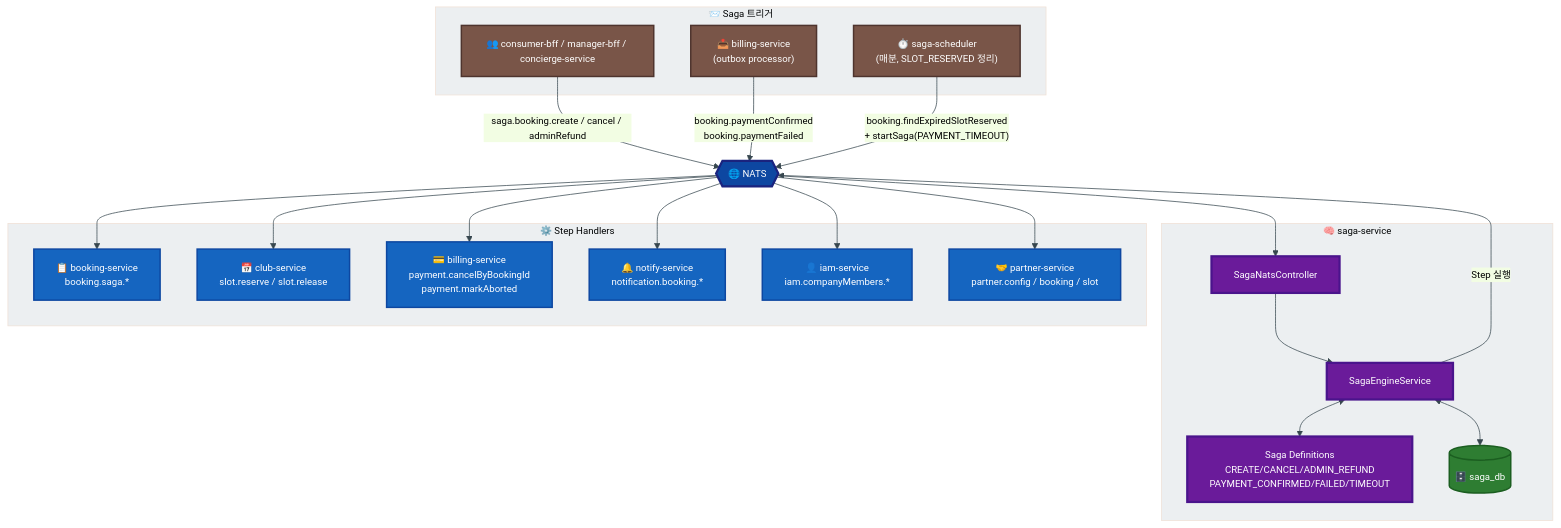
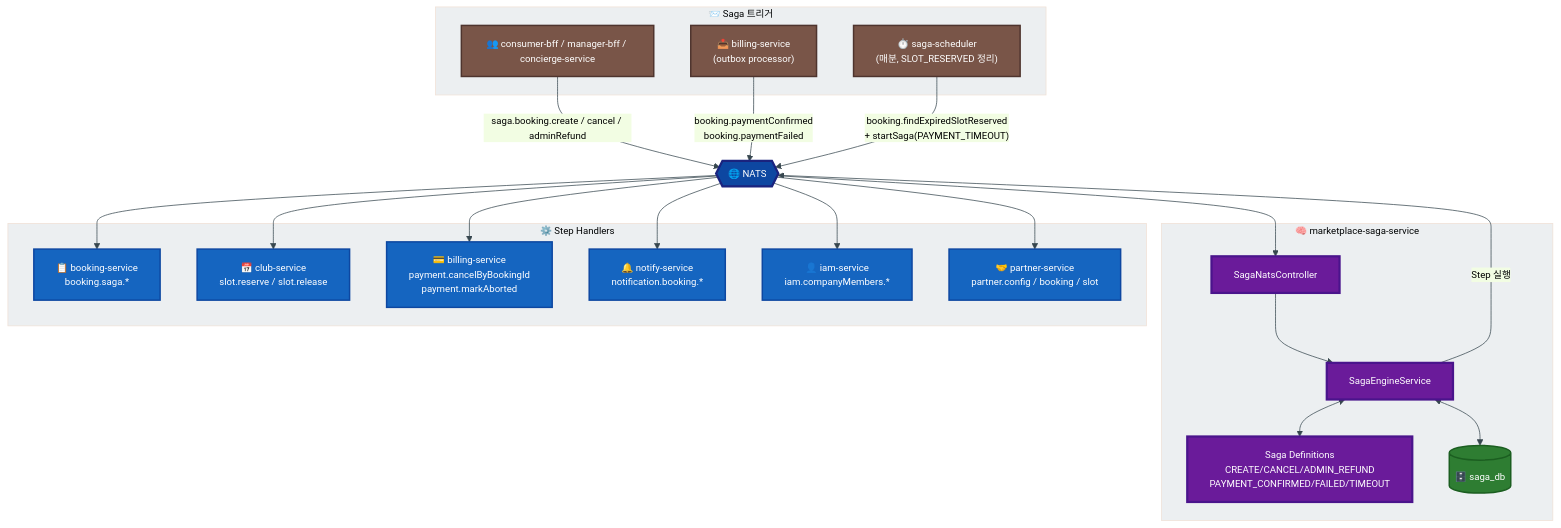
One commit to uniyous/parkgolf-platform changed the first of 9 diagrams in docs/workflow/saga.md. Above: the diagram before and after it, drawn with Mermaid. The commit also changed other lines of this file and 70 other files, not shown here.

First line of the commit message:
refactor(saga): saga-service → marketplace-saga-service 리네임 (UNI-127)

````diff
--- a/docs/workflow/saga.md
+++ b/docs/workflow/saga.md
@@ -49,50 +49,50 @@
 ```mermaid
 %%{init: {'theme':'base','themeVariables':{'primaryColor':'#E3F2FD','primaryTextColor':'#000','primaryBorderColor':'#1565C0','lineColor':'#37474F','clusterBkg':'#ECEFF1','fontSize':'13px'}}}%%
 flowchart TB
     subgraph Triggers["📨 Saga 트리거"]
         UA["👥 consumer-bff / manager-bff / concierge-service"]
         PS_OBX["📤 billing-service<br/>(outbox processor)"]
         SCHED["⏱️ saga-scheduler<br/>(매분, SLOT_RESERVED 정리)"]
     end
 
-    subgraph Orchestrator["🧠 saga-service"]
+    subgraph Orchestrator["🧠 marketplace-saga-service"]
         CTRL["SagaNatsController"]
         ENGINE["SagaEngineService"]
         DEFS["Saga Definitions<br/>CREATE/CANCEL/ADMIN_REFUND<br/>PAYMENT_CONFIRMED/FAILED/TIMEOUT"]
         DB_S[("🗄️ saga_db")]
     end
 
     NATS{{"🌐 NATS"}}
 
     subgraph StepHandlers["⚙️ Step Handlers"]
         BS["📋 booking-service<br/>booking.saga.*"]
         CS["📅 club-service<br/>slot.reserve / slot.release"]
         PAY["💳 billing-service<br/>payment.cancelByBookingId<br/>payment.markAborted"]
         NS["🔔 notify-service<br/>notification.booking.*"]
         IAM["👤 iam-service<br/>iam.companyMembers.*"]
         PRT["🤝 partner-service<br/>partner.config / booking / slot"]
     end
 
     UA -->|"saga.booking.create / cancel / adminRefund"| NATS
     PS_OBX -->|"booking.paymentConfirmed<br/>booking.paymentFailed"| NATS
     SCHED -->|"booking.findExpiredSlotReserved<br/>+ startSaga(PAYMENT_TIMEOUT)"| NATS
 
     NATS --> CTRL --> ENGINE
     ENGINE <--> DEFS
     ENGINE <--> DB_S
     ENGINE -->|"Step 실행"| NATS
     NATS --> BS & CS & PAY & NS & IAM & PRT
 
     classDef trig fill:#795548,color:#fff,stroke:#4E342E,stroke-width:2px
     classDef orch fill:#6A1B9A,color:#fff,stroke:#4A148C,stroke-width:3px
     classDef bus fill:#0D47A1,color:#fff,stroke:#1A237E,stroke-width:3px
     classDef hand fill:#1565C0,color:#fff,stroke:#0D47A1,stroke-width:2px
     classDef store fill:#2E7D32,color:#fff,stroke:#1B5E20,stroke-width:2px
     classDef todo fill:#EF6C00,color:#fff,stroke:#BF360C,stroke-width:2px,stroke-dasharray:5 5
 
     class UA,PS_OBX,SCHED trig
     class CTRL,ENGINE,DEFS orch
     class NATS bus
     class BS,CS,PAY,NS,IAM,PRT hand
     class DB_S store
 ```
````
